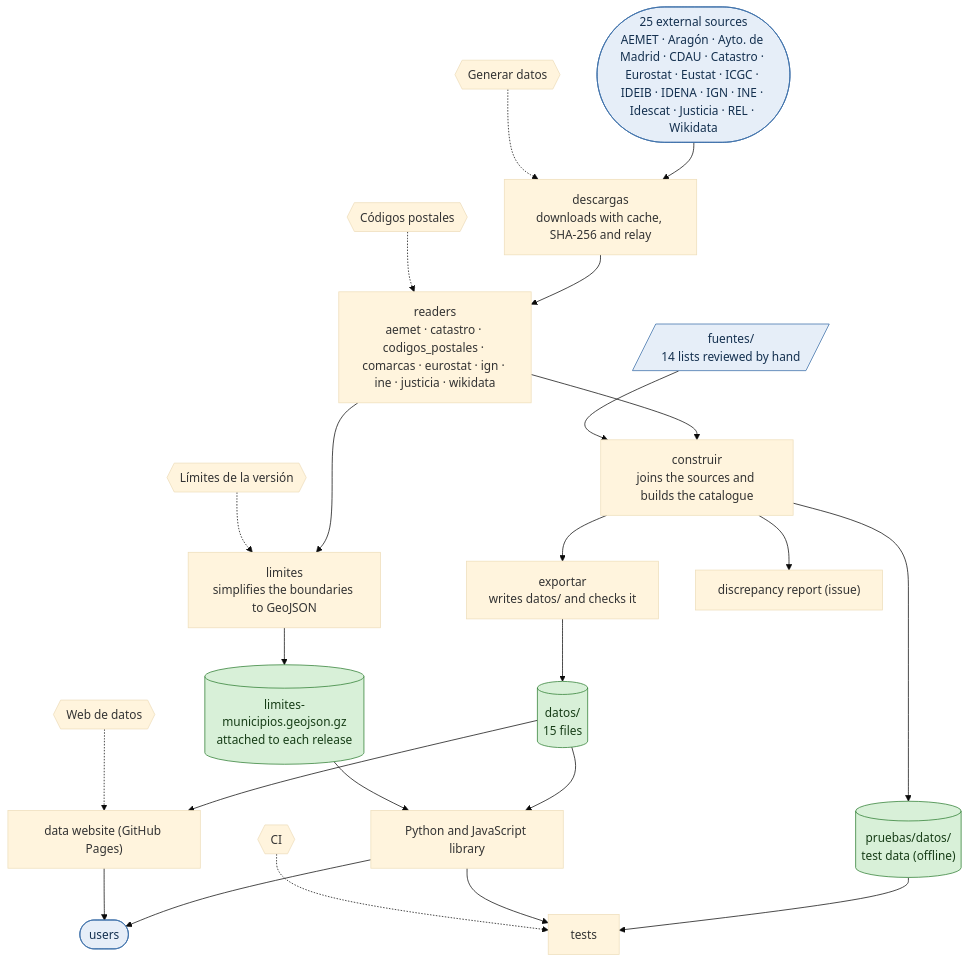
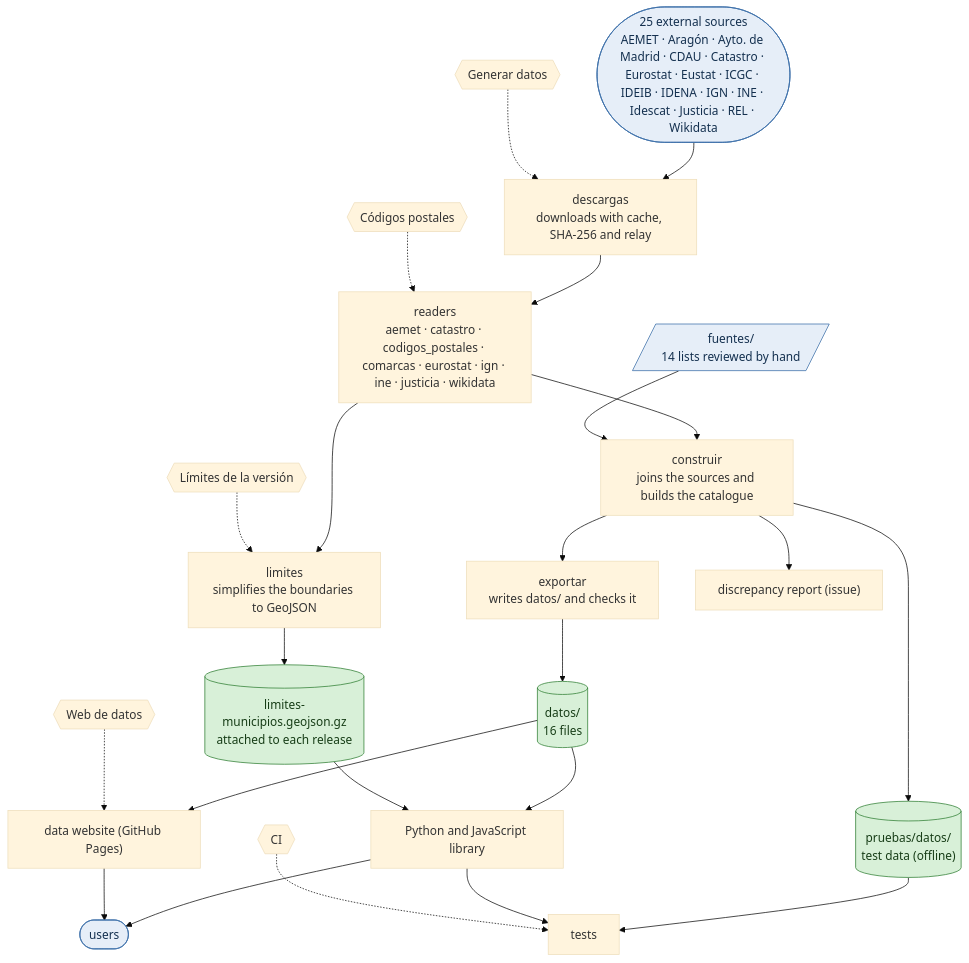
Before and after one commit to alertapublica/territorios-es: the fourth of 6 diagrams in docs/status.md, drawn with Mermaid (base theme). The commit also changed other lines of this file and 7 other files, not shown here.

````diff
--- a/docs/status.md
+++ b/docs/status.md
@@ -141,45 +141,45 @@
 ```mermaid
 flowchart TB
   accTitle: Repository
   ext(["25 external sources<br>AEMET · Aragón · Ayto. de Madrid · CDAU · Catastro · Eurostat · Eustat · ICGC · IDEIB · IDENA · IGN · INE · Idescat · Justicia · REL · Wikidata"])
   hand[/"fuentes/<br>14 lists reviewed by hand"/]
   descargas["descargas<br>downloads with cache, SHA-256 and relay"]
   readers["readers<br>aemet · catastro · codigos_postales · comarcas · eurostat · ign · ine · justicia · wikidata"]
   construir["construir<br>joins the sources and builds the catalogue"]
   exportar["exportar<br>writes datos/ and checks it"]
   limites["limites<br>simplifies the boundaries to GeoJSON"]
-  datos[("datos/<br>15 files")]
+  datos[("datos/<br>16 files")]
   geo[("limites-municipios.geojson.gz<br>attached to each release")]
   report["discrepancy report (issue)"]
   lib["Python and JavaScript library"]
   web["data website (GitHub Pages)"]
   users(["users"])
   fixture[("pruebas/datos/<br>test data (offline)")]
   tests["tests"]
   ext --> descargas --> readers --> construir --> exportar --> datos
   hand --> construir
   readers --> limites --> geo
   construir --> report
   datos --> lib
   geo --> lib
   datos --> web
   lib --> users
   web --> users
   construir --> fixture --> tests
   lib --> tests
   wf_ci_yml{{"CI"}}
   wf_generar_yml{{"Generar datos"}}
   wf_codigos_postales_yml{{"Códigos postales"}}
   wf_limites_yml{{"Límites de la versión"}}
   wf_pages_yml{{"Web de datos"}}
   wf_generar_yml -.-> descargas
   wf_codigos_postales_yml -.-> readers
   wf_limites_yml -.-> limites
   wf_pages_yml -.-> web
   wf_ci_yml -.-> tests
   class datos,geo,fixture done
   class ext,hand,users box
   classDef done fill:#d8f0d8,stroke:#2e7d32,color:#173d17
   classDef todo fill:#fdecc8,stroke:#b26a00,color:#4a2c00,stroke-dasharray:4 3
   classDef box fill:#e6eef8,stroke:#3b6ea8,color:#14304f
 ```
````
